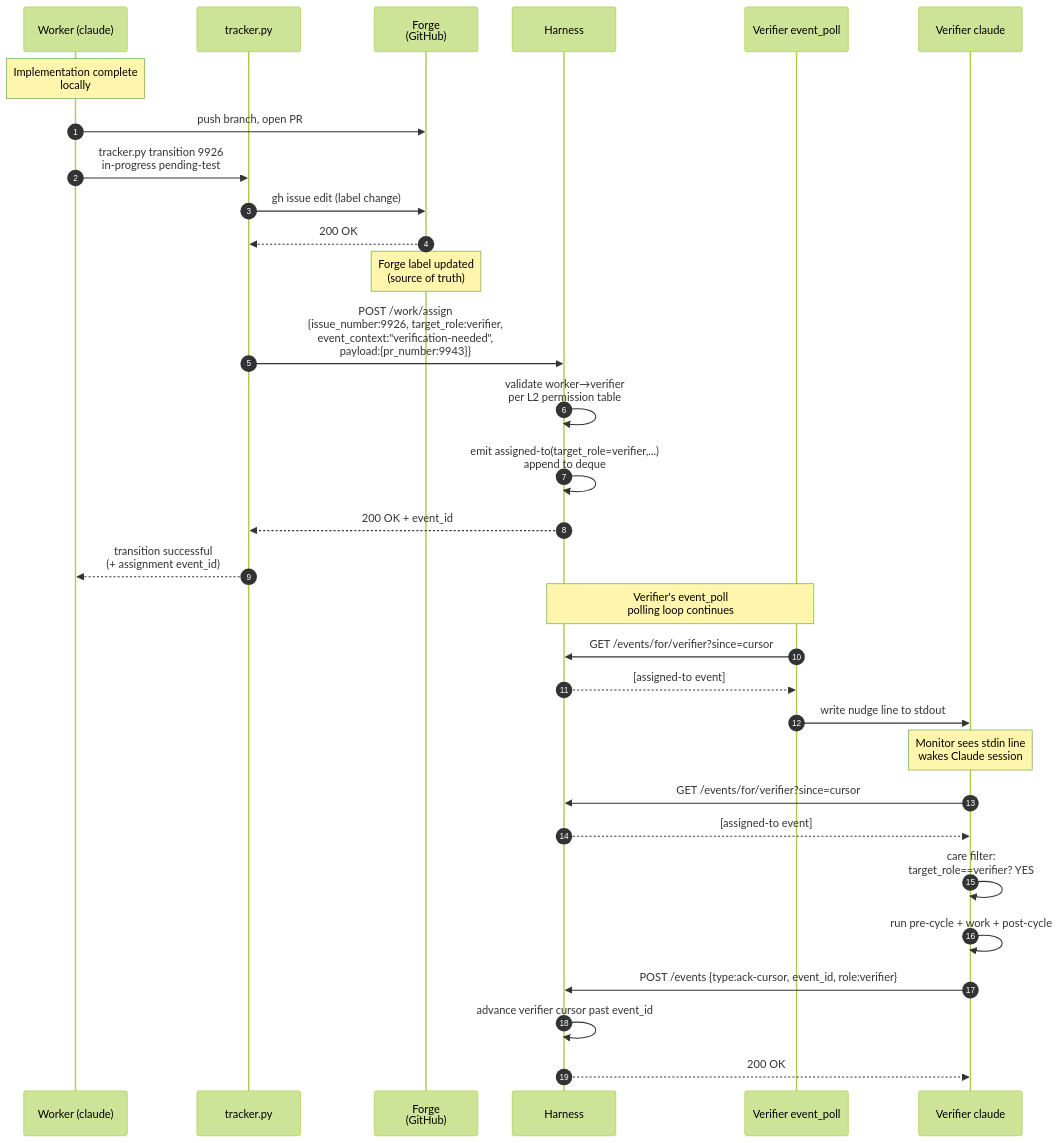
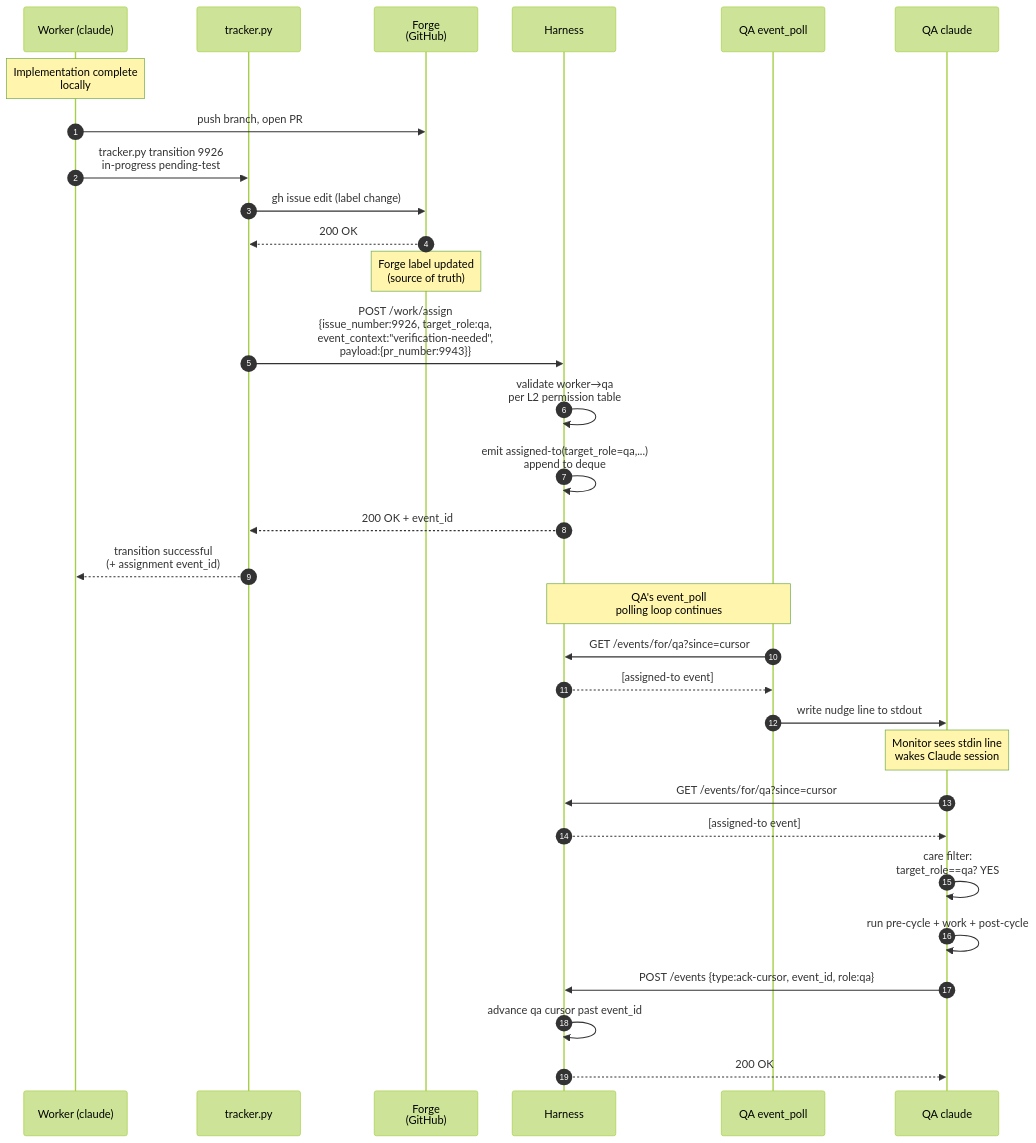
Before and after one commit to WallyDoodlez/SquidSquad: diagram 13 of 16 in docs/AGENT-RUNTIME.md, drawn with Mermaid (forest theme). The commit also changed other lines of this file and 6 other files, not shown here.

````diff
--- a/docs/AGENT-RUNTIME.md
+++ b/docs/AGENT-RUNTIME.md
@@ -740,38 +738,38 @@
 ```mermaid
 sequenceDiagram
     autonumber
     participant W as Worker (claude)
     participant TR as tracker.py
     participant F as Forge<br/>(GitHub)
     participant H as Harness
-    participant VEP as Verifier event_poll
-    participant VC as Verifier claude
+    participant VEP as QA event_poll
+    participant VC as QA claude
 
     Note over W: Implementation complete<br/>locally
     W->>F: push branch, open PR #9943
 
     W->>TR: tracker.py transition 9926<br/>in-progress pending-test
     TR->>F: gh issue edit (label change)
     F-->>TR: 200 OK
     Note over F: Forge label updated<br/>(source of truth)
-    TR->>H: POST /work/assign<br/>{issue_number:9926, target_role:verifier,<br/>event_context:"verification-needed",<br/>payload:{pr_number:9943}}
-    H->>H: validate worker→verifier<br/>per L2 permission table
-    H->>H: emit assigned-to(target_role=verifier,...)<br/>append to deque
+    TR->>H: POST /work/assign<br/>{issue_number:9926, target_role:qa,<br/>event_context:"verification-needed",<br/>payload:{pr_number:9943}}
+    H->>H: validate worker→qa<br/>per L2 permission table
+    H->>H: emit assigned-to(target_role=qa,...)<br/>append to deque
     H-->>TR: 200 OK + event_id
     TR-->>W: transition successful<br/>(+ assignment event_id)
 
-    Note over H,VEP: Verifier's event_poll<br/>polling loop continues
+    Note over H,VEP: QA's event_poll<br/>polling loop continues
 
-    VEP->>H: GET /events/for/verifier?since=cursor
+    VEP->>H: GET /events/for/qa?since=cursor
     H-->>VEP: [assigned-to event]
     VEP->>VC: write nudge line to stdout
     Note over VC: Monitor sees stdin line<br/>wakes Claude session
 
-    VC->>H: GET /events/for/verifier?since=cursor
+    VC->>H: GET /events/for/qa?since=cursor
     H-->>VC: [assigned-to event]
-    VC->>VC: care filter:<br/>target_role==verifier? YES
+    VC->>VC: care filter:<br/>target_role==qa? YES
     VC->>VC: run pre-cycle + work + post-cycle
-    VC->>H: POST /events {type:ack-cursor, event_id, role:verifier}
-    H->>H: advance verifier cursor past event_id
+    VC->>H: POST /events {type:ack-cursor, event_id, role:qa}
+    H->>H: advance qa cursor past event_id
     H-->>VC: 200 OK
 ```
````
